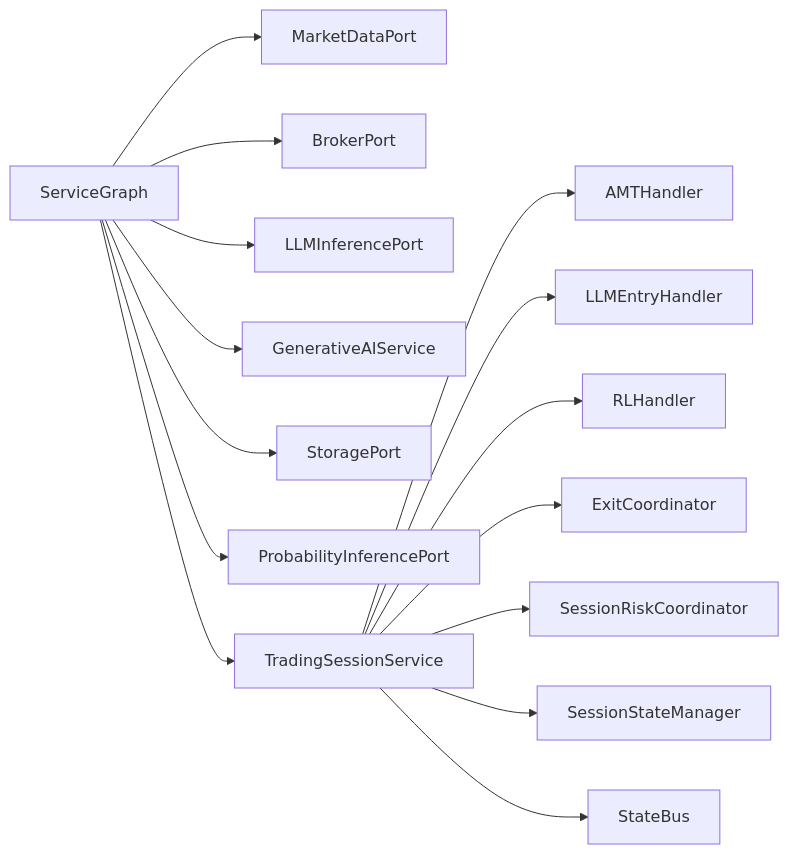
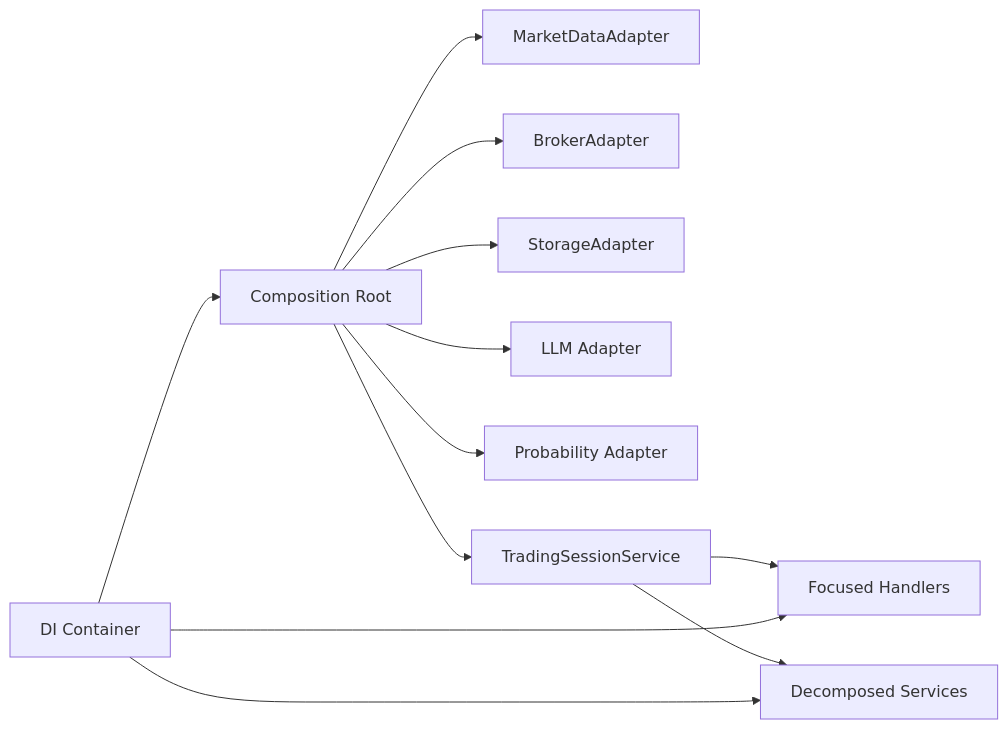
One commit to gemrajkhatry-maker/v5-of-glassytrade-ai changed the seventh of 7 diagrams in .qoder/repowiki/en/content/Backend Application/Backend Application.md. Above: the diagram before and after it, drawn with Mermaid. The commit also changed other lines of this file and 219 other files, not shown here.

First line of the commit message:
refactor: major architecture improvements across backend, backendv2, brokers, and frontend

````diff
--- a/.qoder/repowiki/en/content/Backend Application/Backend Application.md
+++ b/.qoder/repowiki/en/content/Backend Application/Backend Application.md
@@ -371,17 +337,14 @@
 ```mermaid
 graph LR
-SG["ServiceGraph"] --> MD["MarketDataPort"]
-SG --> BR["BrokerPort"]
-SG --> LLM["LLMInferencePort"]
-SG --> GAIS["GenerativeAIService"]
-SG --> ST["StoragePort"]
-SG --> PE["ProbabilityInferencePort"]
-SG --> TS["TradingSessionService"]
-TS --> AMT["AMTHandler"]
-TS --> LLMH["LLMEntryHandler"]
-TS --> RLH["RLHandler"]
-TS --> EXH["ExitCoordinator"]
-TS --> RCH["SessionRiskCoordinator"]
-TS --> LSM["SessionStateManager"]
-TS --> SB["StateBus"]
+Container["DI Container"] --> CR["Composition Root"]
+CR --> MD["MarketDataAdapter"]
+CR --> BR["BrokerAdapter"]
+CR --> ST["StorageAdapter"]
+CR --> LLM["LLM Adapter"]
+CR --> PE["Probability Adapter"]
+CR --> TS["TradingSessionService"]
+TS --> Handlers["Focused Handlers"]
+TS --> Decomposed["Decomposed Services"]
+Container --> Handlers
+Container --> Decomposed
 ```
````
